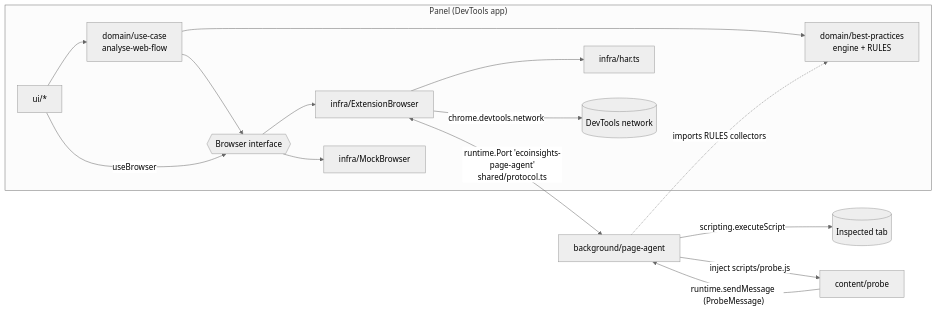
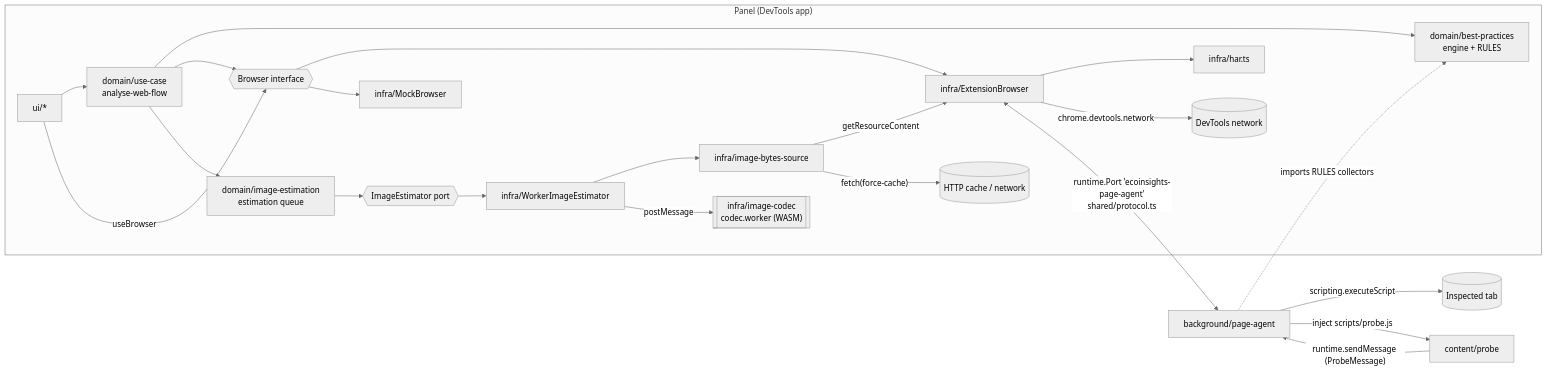
One commit to Searev/ecoinsights-devtools changed the first of 2 diagrams in docs/architecture/ARCHITECTURE.md. Above: the diagram before and after it, drawn with Mermaid (neutral theme). The commit also changed other lines of this file and 93 other files, not shown here.

````diff
--- a/docs/architecture/ARCHITECTURE.md
+++ b/docs/architecture/ARCHITECTURE.md
@@ -17,18 +17,25 @@
 ```mermaid
 flowchart LR
   subgraph Panel["Panel (DevTools app)"]
     UI[ui/*] --> UC[domain/use-case<br/>analyse-web-flow]
     UC --> ENG[domain/best-practices<br/>engine + RULES]
     UC --> B{{Browser interface}}
     UI -->|useBrowser| B
     B --> EB[infra/ExtensionBrowser]
     B --> MB[infra/MockBrowser]
+    UC --> Q[domain/image-estimation<br/>estimation queue]
+    Q --> IE{{ImageEstimator port}}
+    IE --> WIE[infra/WorkerImageEstimator]
+    WIE --> BYTES[infra/image-bytes-source]
+    BYTES -->|getResourceContent| EB
+    BYTES -->|"fetch(force-cache)"| WEB[(HTTP cache / network)]
+    WIE -->|postMessage| WK[["infra/image-codec<br/>codec.worker (WASM)"]]
     EB --> HAR[infra/har.ts]
     EB -->|chrome.devtools.network| NET[(DevTools network)]
   end
   EB <-->|"runtime.Port 'ecoinsights-page-agent'<br/>shared/protocol.ts"| AG[background/page-agent]
   AG -->|scripting.executeScript| PAGE[(Inspected tab)]
   AG -->|"inject scripts/probe.js"| PROBE[content/probe]
   PROBE -->|"runtime.sendMessage (ProbeMessage)"| AG
   AG -.->|imports RULES collectors| ENG
 ```
````
